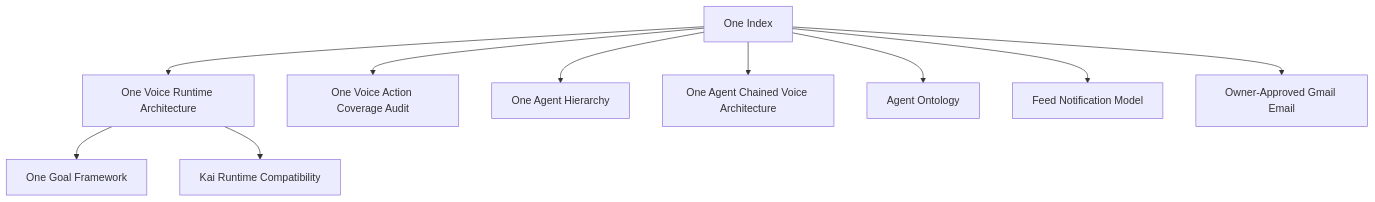
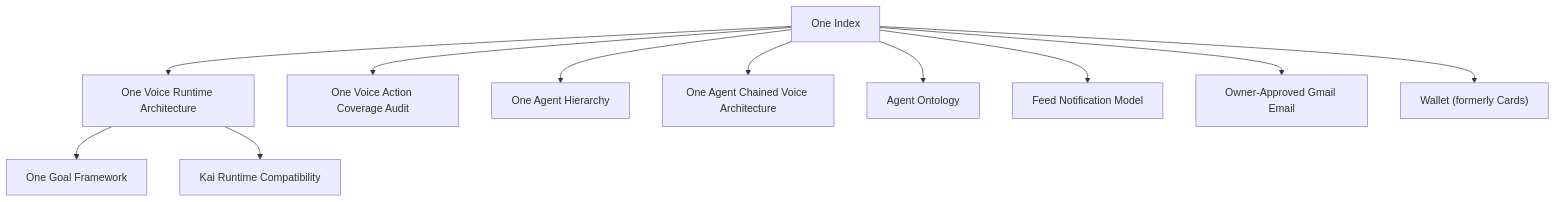
Before and after one commit to hushh-labs/hushh-research: the diagram in docs/reference/one/README.md, drawn with Mermaid. The commit also changed other lines of this file and 19 other files, not shown here.

First line of the commit message:
refactor(wallet): finish the Cards to Wallet rename at the feature level and map it

````diff
--- a/docs/reference/one/README.md
+++ b/docs/reference/one/README.md
@@ -5,23 +5,25 @@
 ```mermaid
 flowchart TD
   root["One Index"]
   voice["One Voice Runtime Architecture"]
   goal["One Goal Framework"]
   coverage["One Voice Action Coverage Audit"]
   hierarchy["One Agent Hierarchy"]
   chain["One Agent Chained Voice Architecture"]
   kai["Kai Runtime Compatibility"]
   ontology["Agent Ontology"]
   feed["Feed Notification Model"]
   gmail["Owner-Approved Gmail Email"]
+  wallet["Wallet (formerly Cards)"]
 
   root --> voice
   voice --> goal
   root --> coverage
   root --> hierarchy
   root --> chain
   voice --> kai
   root --> ontology
   root --> feed
   root --> gmail
+  root --> wallet
 ```
````
